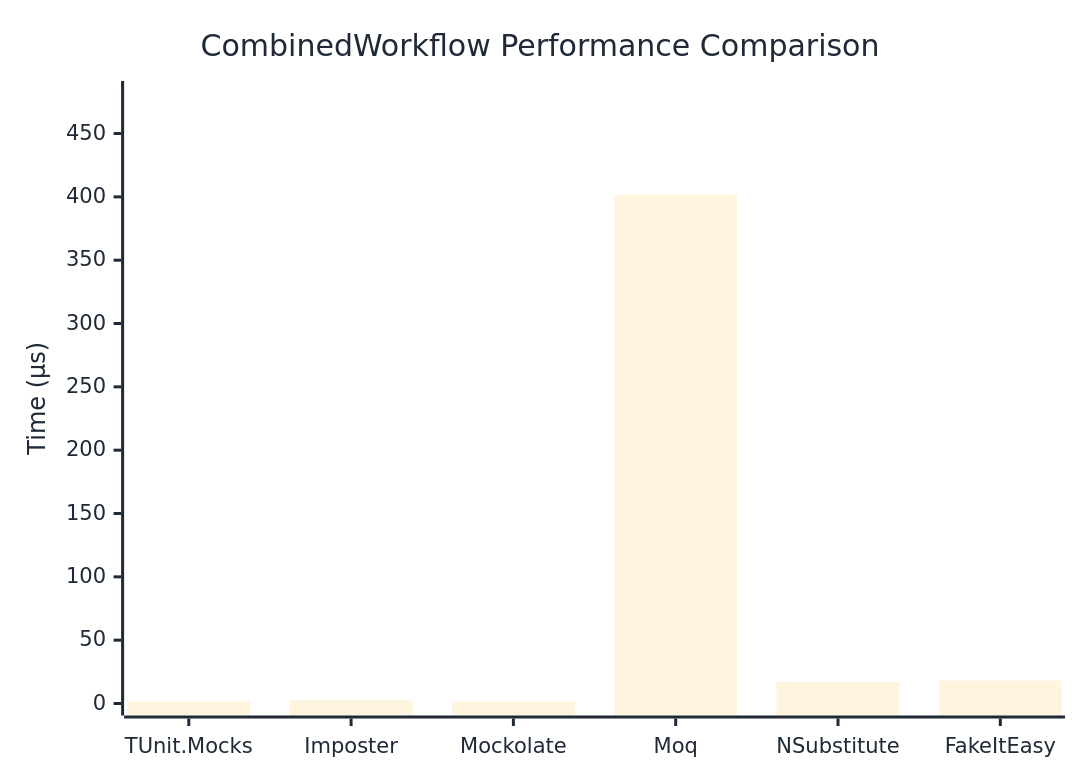
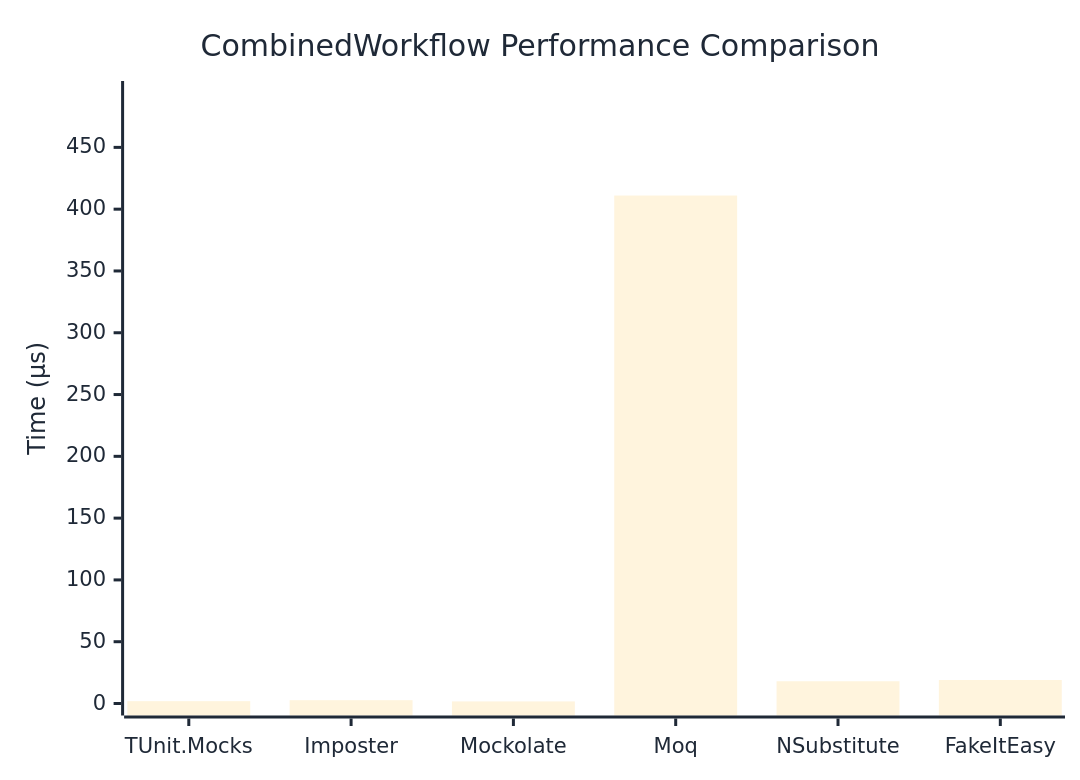
The diagram in docs/docs/benchmarks/mocks/CombinedWorkflow.md (thomhurst/TUnit), drawn with Mermaid before and after one commit. The commit also changed other lines of this file and 14 other files, not shown here.

````diff
--- a/docs/docs/benchmarks/mocks/CombinedWorkflow.md
+++ b/docs/docs/benchmarks/mocks/CombinedWorkflow.md
@@ -30,27 +30,27 @@
 ```mermaid
 %%{init: {
   'theme':'base',
   'themeVariables': {
     'primaryColor': '#2563eb',
     'primaryTextColor': '#1f2937',
     'primaryBorderColor': '#1e40af',
     'lineColor': '#6b7280',
     'secondaryColor': '#7c3aed',
     'tertiaryColor': '#dc2626',
     'background': '#ffffff',
     'pie1': '#2563eb',
     'pie2': '#7c3aed',
     'pie3': '#dc2626',
     'pie4': '#f59e0b',
     'pie5': '#10b981',
     'pie6': '#06b6d4',
     'pie7': '#ec4899',
     'pie8': '#6366f1'
   }
 }}%%
 xychart-beta
   title "CombinedWorkflow Performance Comparison"
   x-axis ["TUnit.Mocks", "Imposter", "Mockolate", "Moq", "NSubstitute", "FakeItEasy"]
-  y-axis "Time (μs)" 0 --> 482
-  bar [1.793, 2.527, 1.578, 401.605, 16.915, 18.075]
+  y-axis "Time (μs)" 0 --> 494
+  bar [1.884, 2.689, 1.694, 411.038, 18.002, 18.999]
 ```
````
